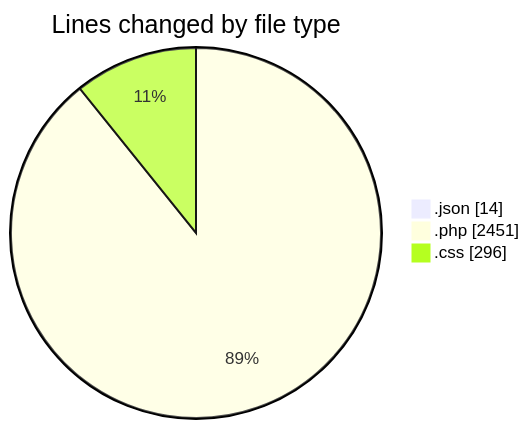
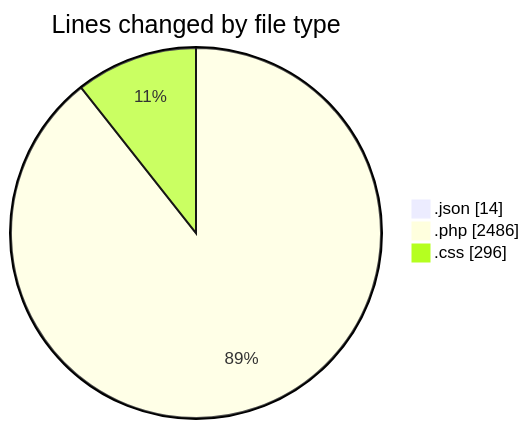
Before and after one commit to debugP/code-tracking: the first of 2 diagrams in 2026-07-31/untitled__workspace_/README.md, drawn with Mermaid. The commit also changed other lines of this file and 1 other file, not shown here.

````diff
--- a/2026-07-31/untitled__workspace_/README.md
+++ b/2026-07-31/untitled__workspace_/README.md
@@ -23,7 +23,7 @@
 ```mermaid
 pie showData
 title Lines changed by file type
 ".json" : 14
-".php" : 2451
+".php" : 2486
 ".css" : 296
 ```
````
